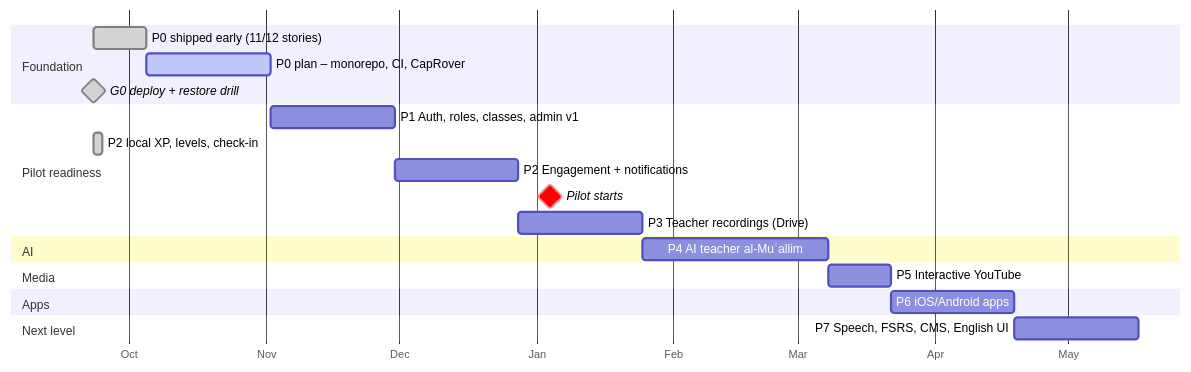
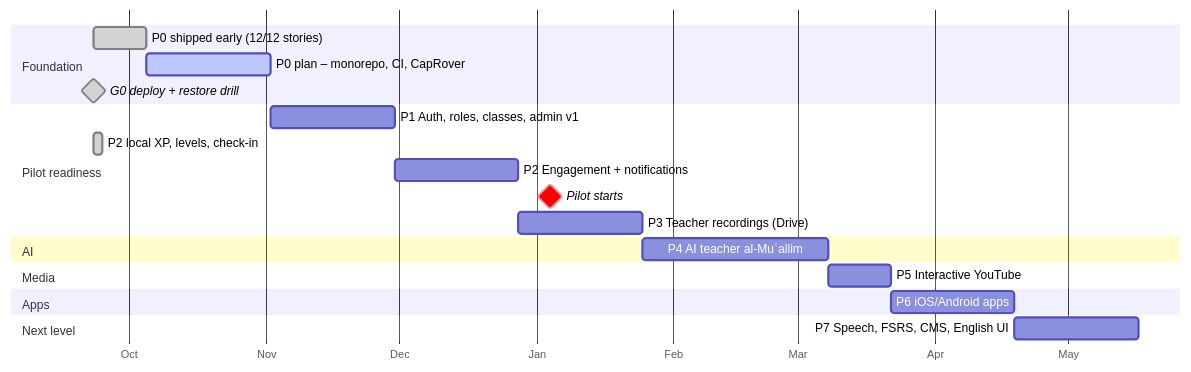
The second of 2 diagrams in docs/plan/roadmap.md (Sira-Labs/Suffa), drawn with Mermaid before and after one commit. The commit also changed other lines of this file and 9 other files, not shown here.

````diff
--- a/docs/plan/roadmap.md
+++ b/docs/plan/roadmap.md
@@ -58,24 +56,24 @@
 ```mermaid
 gantt
   dateFormat YYYY-MM-DD
   axisFormat %b
   todayMarker on
   section Foundation
-  P0 shipped early (11/12 stories)   :done, p0done, 2026-09-23, 12d
+  P0 shipped early (12/12 stories)   :done, p0done, 2026-09-23, 12d
   P0 plan – monorepo, CI, CapRover   :active, p0, 2026-10-05, 28d
   G0 deploy + restore drill          :milestone, done, g0, 2026-09-23, 0d
   section Pilot readiness
   P1 Auth, roles, classes, admin v1  :p1, after p0, 28d
   P2 local XP, levels, check-in      :done, p2local, 2026-09-23, 2d
   P2 Engagement + notifications      :p2, after p1, 28d
   Pilot starts                       :milestone, crit, pilot, 2027-01-04, 0d
   P3 Teacher recordings (Drive)      :p3, after p2, 28d
   section AI
   P4 AI teacher al-Muʿallim          :p4, after p3, 42d
   section Media
   P5 Interactive YouTube             :p5, after p4, 14d
   section Apps
   P6 iOS/Android apps                :p6, after p5, 28d
   section Next level
   P7 Speech, FSRS, CMS, English UI   :p7, after p6, 28d
 ```
````
